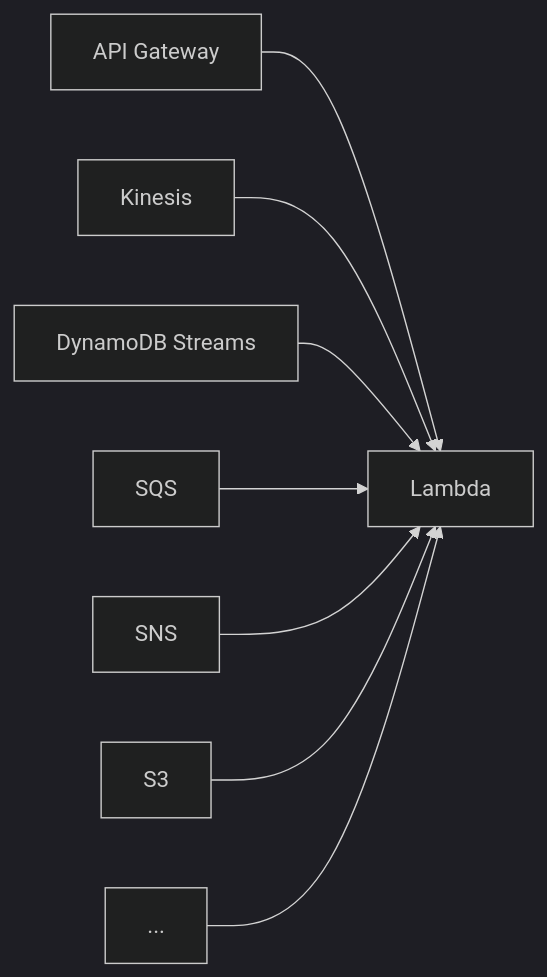
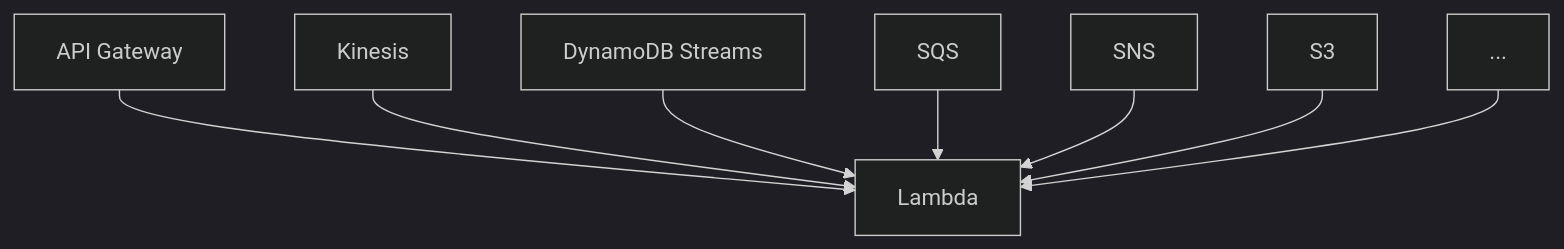
One commit to godu/keynotes changed the sixth of 22 diagrams in aws/README.md. Above: the diagram before and after it, drawn with Mermaid (dark theme). The commit also changed other lines of this file and 1 other file, not shown here.

````diff
--- a/aws/README.md
+++ b/aws/README.md
@@ -143,13 +143,13 @@
 ```mermaid
-graph LR
+graph TD
     APIGATEWAY[API Gateway]
     DYNAMODBSTREAMS[DynamoDB Streams]
     ETC[...]
     APIGATEWAY-->Lambda
     Kinesis-->Lambda
     DYNAMODBSTREAMS-->Lambda
     SQS-->Lambda
     SNS-->Lambda
     S3-->Lambda
     ETC-->Lambda
 ```
````
